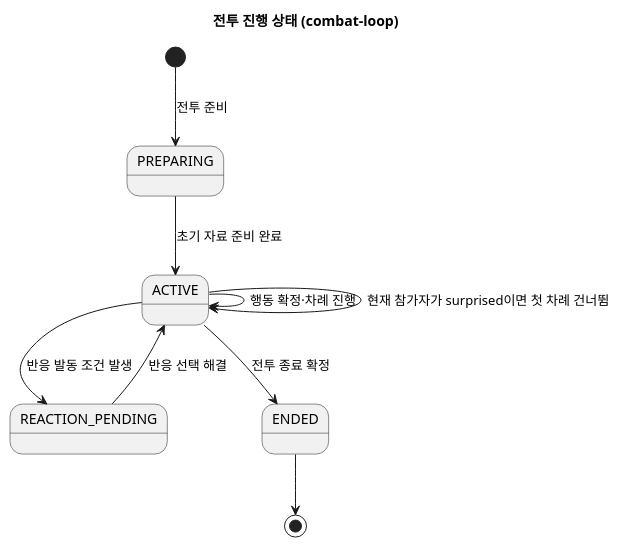
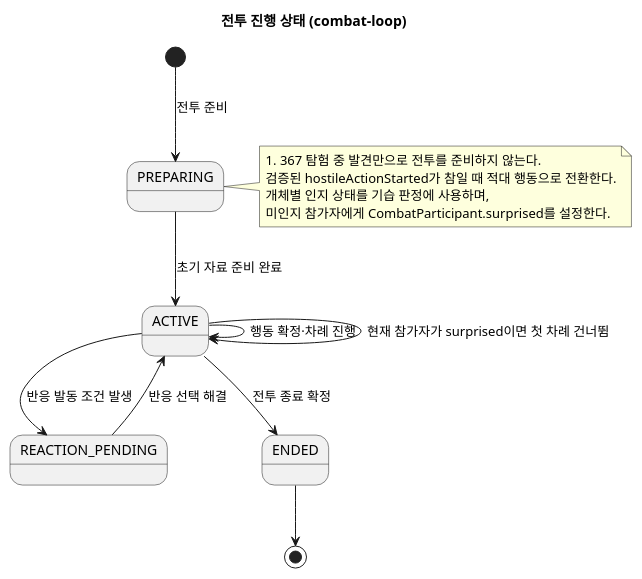
One commit to omegafrog/dnd-master changed the diagram in docs/contracts/diagrams/combat-loop.state.puml. Above: the diagram before and after it, drawn with PlantUML. The commit also changed 20 other files, not shown here.

```diff
--- a/docs/contracts/diagrams/combat-loop.state.puml
+++ b/docs/contracts/diagrams/combat-loop.state.puml
@@ -1,11 +1,17 @@
 @startuml
  title 전투 진행 상태 (combat-loop)
  [*] --> PREPARING : 전투 준비
+ note right of PREPARING
+   #367 탐험 중 발견만으로 전투를 준비하지 않는다.
+   검증된 hostileActionStarted가 참일 때 적대 행동으로 전환한다.
+   개체별 인지 상태를 기습 판정에 사용하며,
+   미인지 참가자에게 CombatParticipant.surprised를 설정한다.
+ end note
  PREPARING --> ACTIVE : 초기 자료 준비 완료
  ACTIVE --> REACTION_PENDING : 반응 발동 조건 발생
  REACTION_PENDING --> ACTIVE : 반응 선택 해결
  ACTIVE --> ACTIVE : 행동 확정·차례 진행
  ACTIVE --> ACTIVE : 현재 참가자가 surprised이면 첫 차례 건너뜀
  ACTIVE --> ENDED : 전투 종료 확정
  ENDED --> [*]
 @enduml
```
